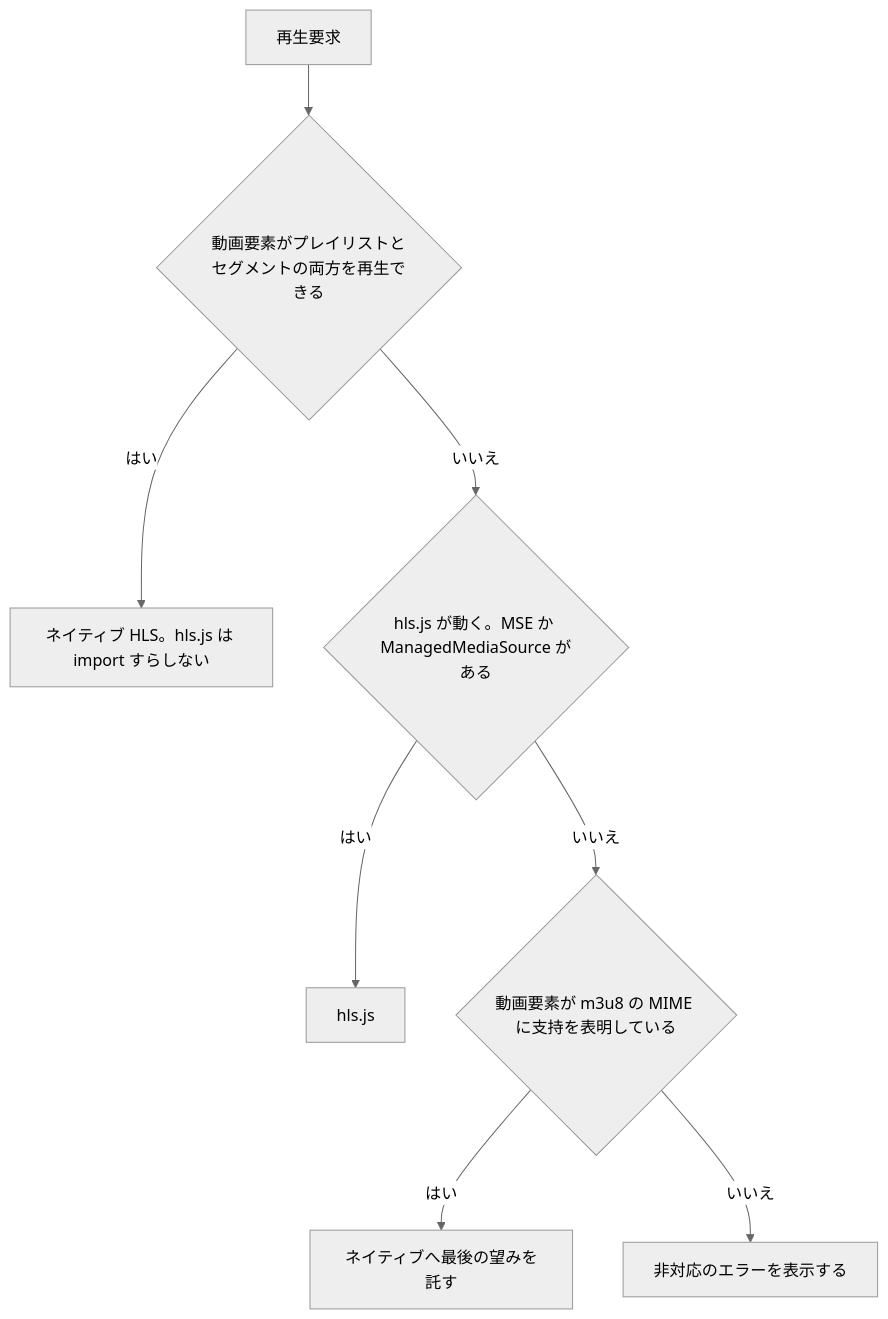
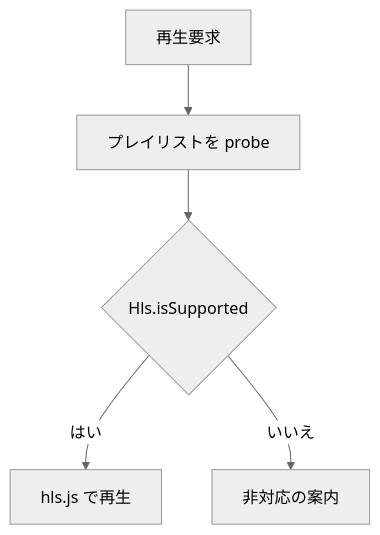
Before and after one commit to fetburner/rokuban: the diagram in docs/frontend/live/playback.md, drawn with Mermaid (neutral theme). The commit also changed other lines of this file and 50 other files, not shown here.

````diff
--- a/docs/frontend/live/playback.md
+++ b/docs/frontend/live/playback.md
@@ -23,10 +25,7 @@
 ```mermaid
 flowchart TD
-  A[再生要求] --> B{動画要素がプレイリストとセグメントの両方を再生できる}
-  B -- はい --> N[ネイティブ HLS。hls.js は import すらしない]
-  B -- いいえ --> C{hls.js が動く。MSE か ManagedMediaSource がある}
-  C -- はい --> H[hls.js]
-  C -- いいえ --> D{動画要素が m3u8 の MIME に支持を表明している}
-  D -- はい --> L[ネイティブへ最後の望みを託す]
-  D -- いいえ --> E[非対応のエラーを表示する]
+  A[再生要求] --> B[プレイリストを probe]
+  B --> C{Hls.isSupported}
+  C -->|はい| D[hls.js で再生]
+  C -->|いいえ| E[非対応の案内]
 ```
````
